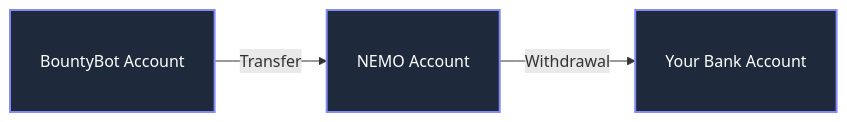
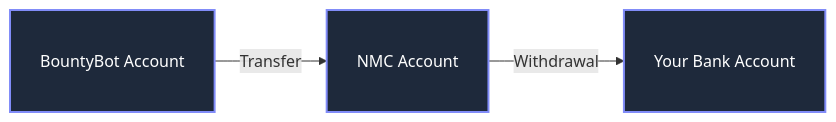
Before and after one commit to ghbountybot/docs: the diagram in docs/guide/new-money-company.md, drawn with Mermaid. The commit also changed other lines of this file and 3 other files, not shown here.

Commit message:
change NEMO -> NMC

````diff
--- a/docs/guide/new-money-company.md
+++ b/docs/guide/new-money-company.md
@@ -9,8 +9,8 @@
 ```mermaid
 flowchart LR
     %% Define styles
     classDef default fill:#1e293b,stroke:#818cf8,stroke-width:2px,color:#ffffff,padding:10px
     
-    A[BountyBot Account] -->|Transfer| B[NEMO Account]
+    A[BountyBot Account] -->|Transfer| B[NMC Account]
     B -->|Withdrawal| C[Your Bank Account]
 ```
````
